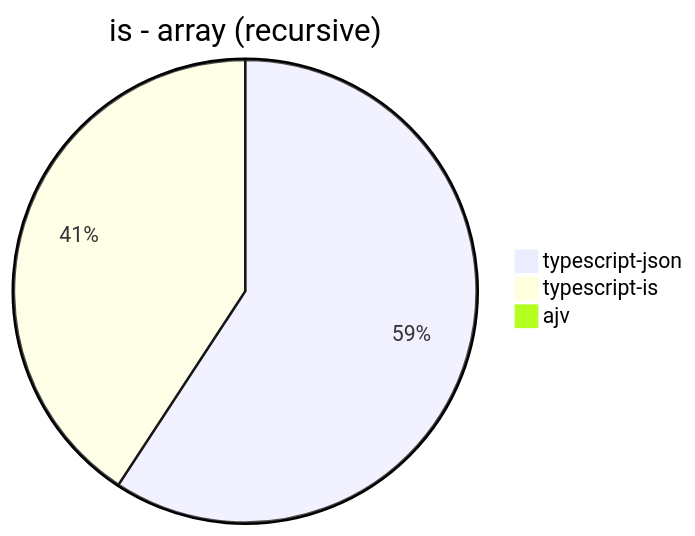
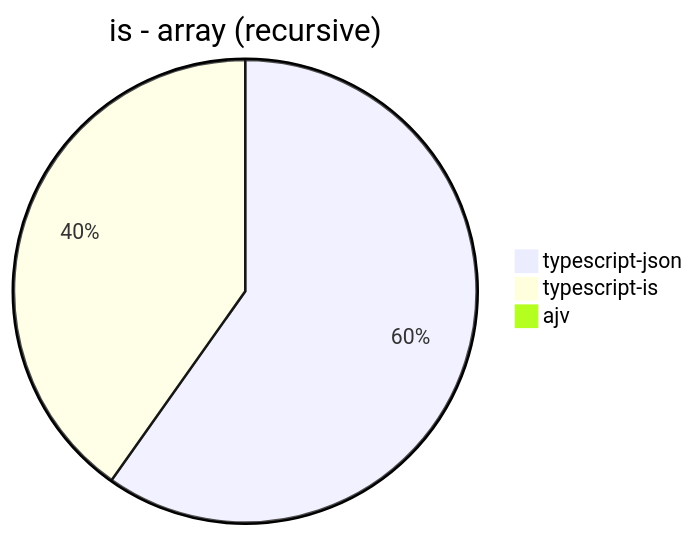
One commit to neklan1205/typescript-json changed diagram 11 of 30 in benchmark/results/Intel(R) Core(TM) i7-6700 CPU @ 3.40GHz.md. Above: the diagram before and after it, drawn with Mermaid. The commit also changed other lines of this file, not shown here.

````diff
--- a/benchmark/results/Intel(R) Core(TM) i7-6700 CPU @ 3.40GHz.md
+++ b/benchmark/results/Intel(R) Core(TM) i7-6700 CPU @ 3.40GHz.md
@@ -109,6 +109,6 @@
 ```mermaid
 pie title is - array (recursive)
-  "typescript-json": 3301.6314423433446
-  "typescript-is": 2272.5131364377603
+  "typescript-json": 3308.9460340456353
+  "typescript-is": 2224.558303886926
   "ajv": 0
 ```
````
